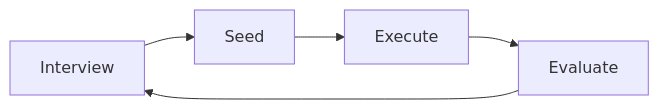
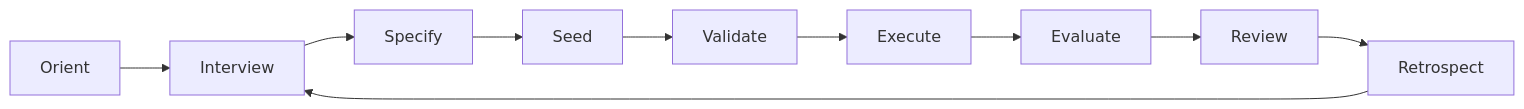
The diagram in docs/run_templates/live_workflow_diagram_template.md (kisbi3/ResearchPartner), drawn with Mermaid before and after one commit. The commit also changed other lines of this file and 13 other files, not shown here.

Commit message:
feat: add live linked research graph

````diff
--- a/docs/run_templates/live_workflow_diagram_template.md
+++ b/docs/run_templates/live_workflow_diagram_template.md
@@ -15,7 +15,12 @@
 ```mermaid
 flowchart LR
-    I["Interview"] --> S["Seed"]
-    S --> E["Execute"]
-    E --> V["Evaluate"]
-    V --> I
+    O["Orient"] --> I["Interview"]
+    I --> SP["Specify"]
+    SP --> S["Seed"]
+    S --> V["Validate"]
+    V --> E["Execute"]
+    E --> EV["Evaluate"]
+    EV --> R["Review"]
+    R --> RT["Retrospect"]
+    RT --> I
 ```
````
